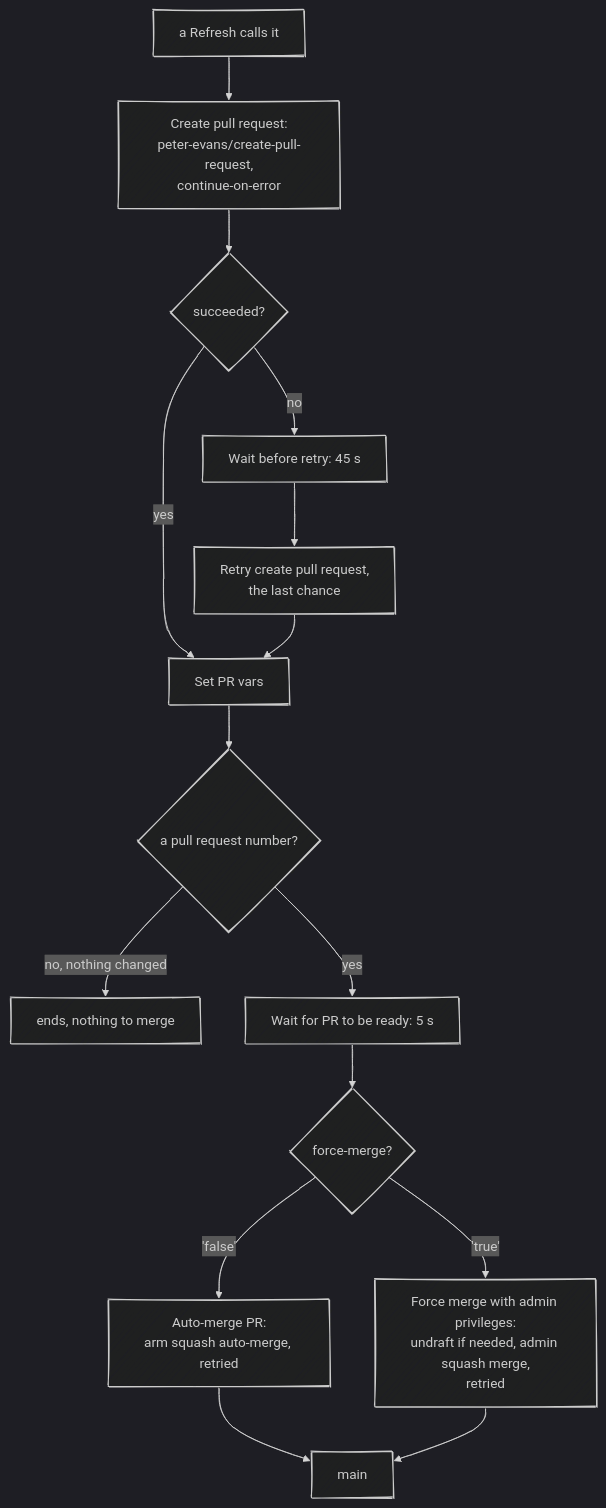
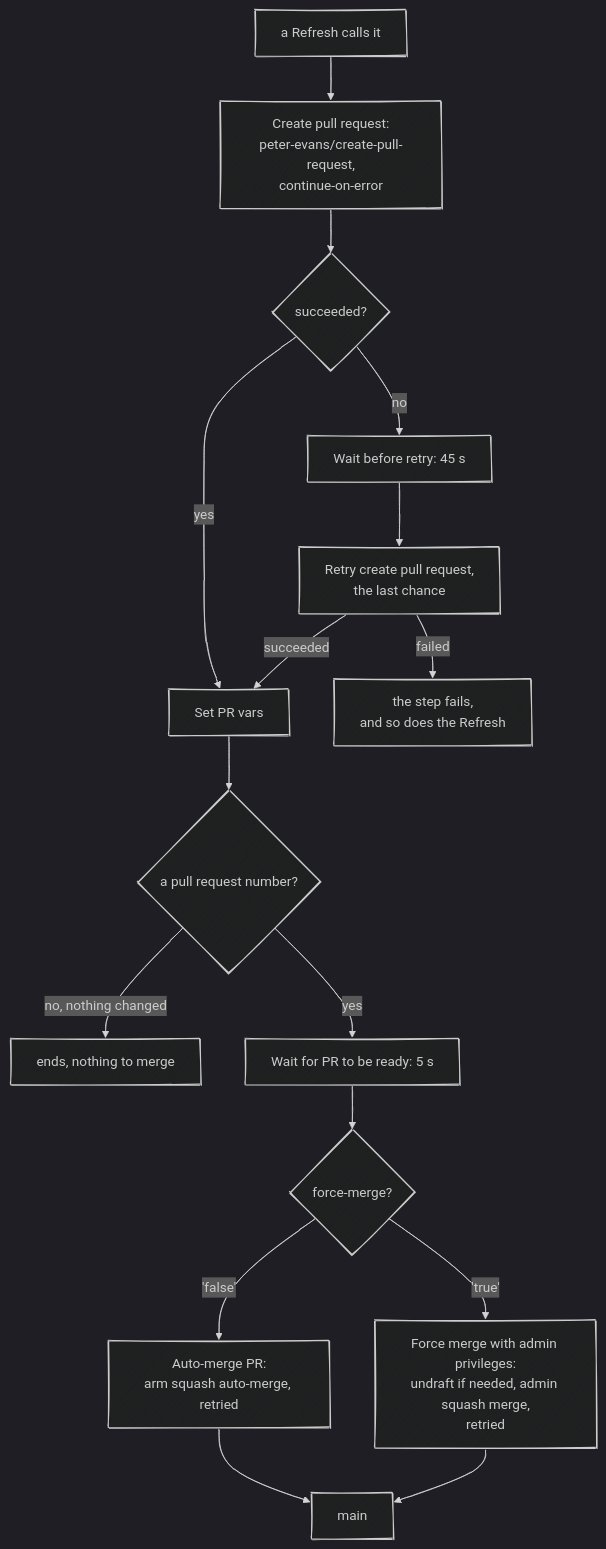
One commit to fbuireu/fbuireu changed the ninth of 9 diagrams in ARCHITECTURE.md. Above: the diagram before and after it, drawn with Mermaid (dark theme). The commit also changed other lines of this file, not shown here.

First line of the commit message:
docs: draw the refresh flows as the pinned actions run them

````diff
--- a/ARCHITECTURE.md
+++ b/ARCHITECTURE.md
@@ -403,22 +408,23 @@
 ```mermaid
 ---
 config:
   look: handDrawn
   layout: dagre
 ---
 flowchart TD
     call["a Refresh calls it"] --> create["Create pull request:<br/>peter-evans/create-pull-request,<br/>continue-on-error"]
     create --> created{"succeeded?"}
     created -->|no| wait["Wait before retry: 45 s"]
     wait --> retry["Retry create pull request,<br/>the last chance"]
     created -->|yes| vars["Set PR vars"]
-    retry --> vars
+    retry -->|succeeded| vars
+    retry -->|failed| failed["the step fails,<br/>and so does the Refresh"]
     vars --> number{"a pull request number?"}
     number -->|"no, nothing changed"| stop["ends, nothing to merge"]
     number -->|yes| ready["Wait for PR to be ready: 5 s"]
     ready --> mode{"force-merge?"}
     mode -->|"'false'"| automerge["Auto-merge PR:<br/>arm squash auto-merge, retried"]
     mode -->|"'true'"| admin["Force merge with admin privileges:<br/>undraft if needed, admin squash merge,<br/>retried"]
     automerge --> main["main"]
     admin --> main
 ```
````
